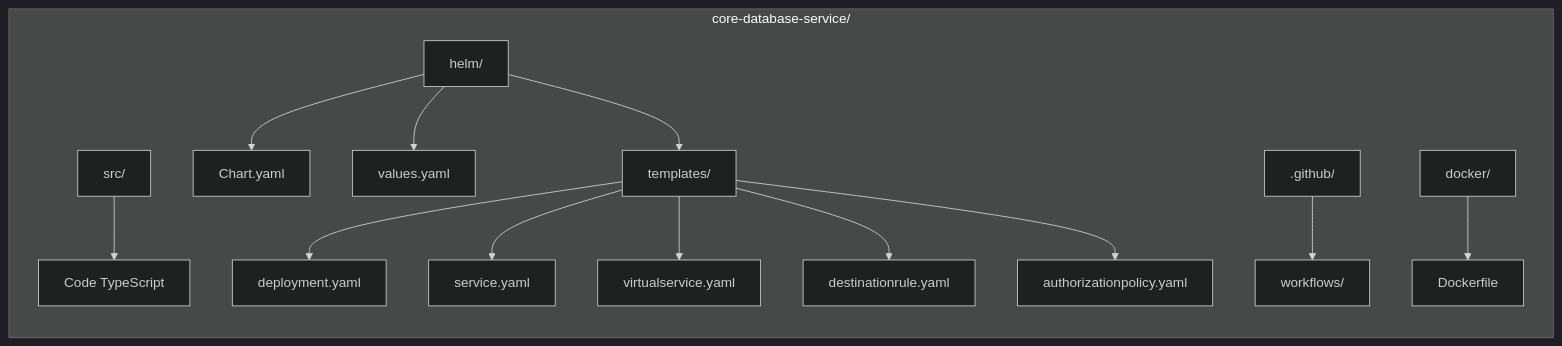
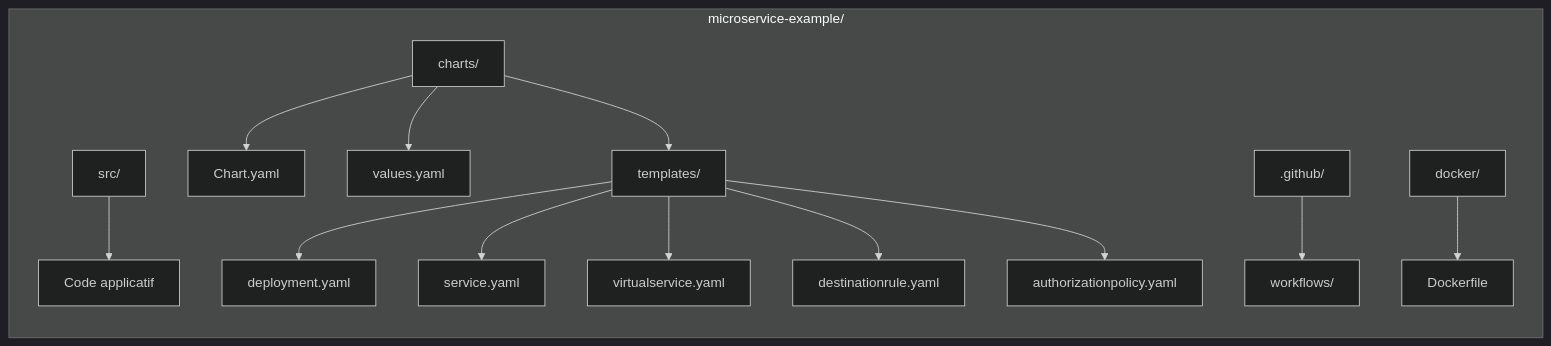
The seventh of 18 diagrams in devops/patterns-deploiement-helm-istio.md (VisioBook-ESP/docs-architecture), drawn with Mermaid (dark theme) before and after one commit. The commit also changed other lines of this file and 15 other files, not shown here.

````diff
--- a/devops/patterns-deploiement-helm-istio.md
+++ b/devops/patterns-deploiement-helm-istio.md
@@ -200,16 +200,16 @@
 ```mermaid
 graph LR
-    subgraph "core-database-service/"
-        A[src/] --> A1[Code TypeScript]
-        B[helm/] --> B1[Chart.yaml]
+    subgraph "microservice-example/"
+        A[src/] --> A1[Code applicatif]
+        B[charts/] --> B1[Chart.yaml]
         B --> B2[values.yaml]
         B --> B3[templates/]
         B3 --> B4[deployment.yaml]
         B3 --> B5[service.yaml]
         B3 --> B6[virtualservice.yaml]
         B3 --> B7[destinationrule.yaml]
         B3 --> B8[authorizationpolicy.yaml]
         C[.github/] --> C1[workflows/]
         D[docker/] --> D1[Dockerfile]
     end
 ```
````
